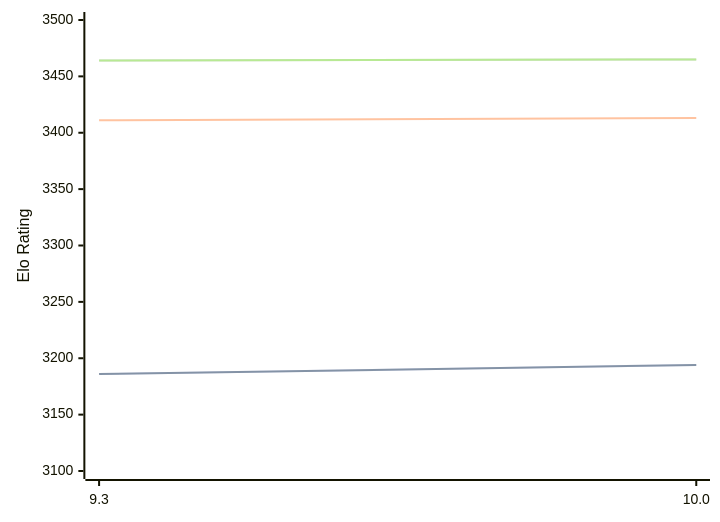
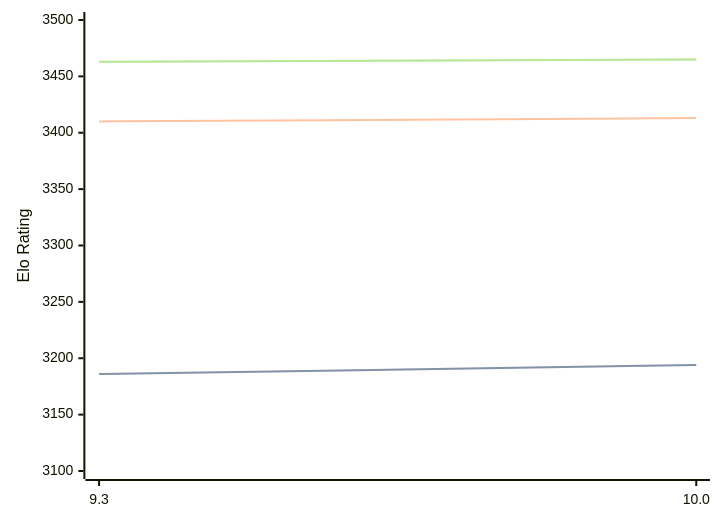
The diagram in engines/Fire.md (computer-chess-index/cci), drawn with Mermaid before and after one commit. The commit also changed other lines of this file, not shown here.

Commit message:
Update CCI Ratings (ELO VLTC) - 2026-04-20

````diff
--- a/engines/Fire.md
+++ b/engines/Fire.md
@@ -47,11 +47,11 @@
 ```mermaid
 %%{init: {"theme":"base","themeVariables":{"seriesColors:['#a3a3a3','#222221','#faa371']}}}%%
 xychart-beta
   x-axis ["9.3", "10.0"]
   y-axis "Elo Rating" 3100 --> 3500
   line "STC (8.0+0.08s)" [3186, 3194]
   line "STC (8.0+0.08s)" [3186, 3194]
-  line "LTC (60.0+0.60s)" [3411, 3413]
-  line "VLTC (2m24s+1.12s)" [3464, 3465]
-  line "VLTC (2m24s+1.12s)" [3464, 3465]
+  line "LTC (60.0+0.60s)" [3410, 3413]
+  line "VLTC (2m24s+1.12s)" [3463, 3465]
+  line "VLTC (2m24s+1.12s)" [3463, 3465]
 ```
````
